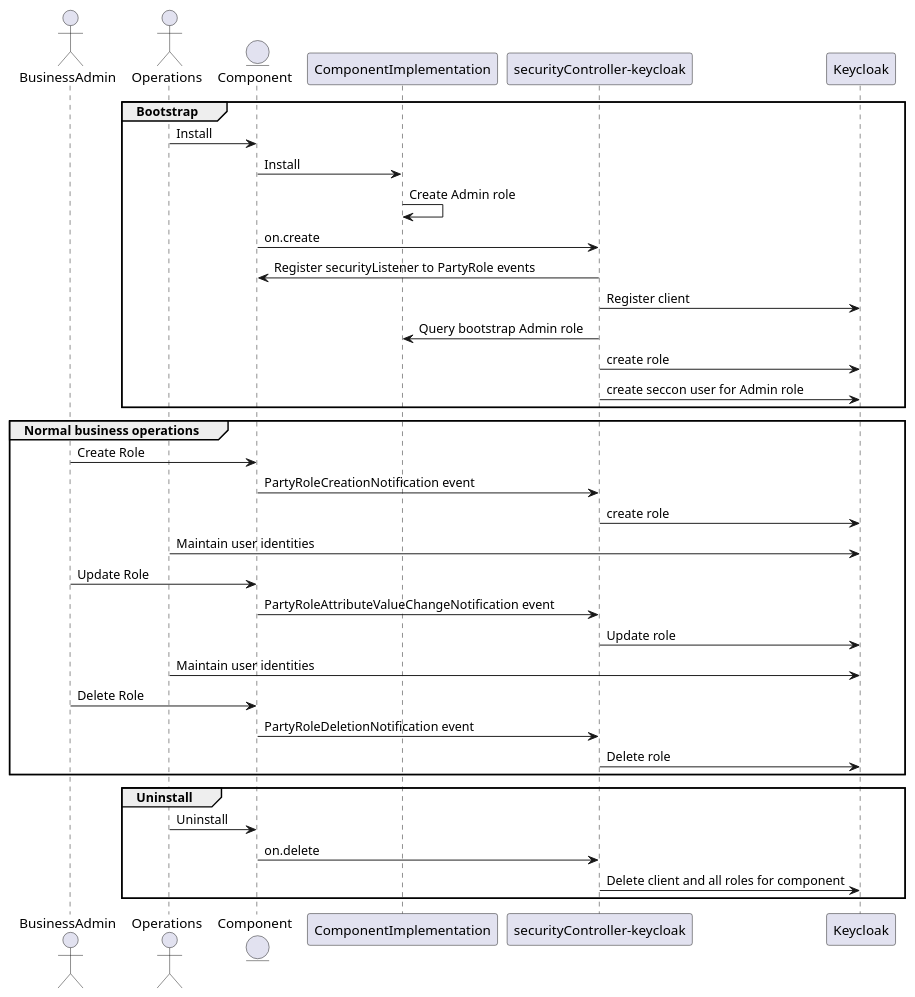
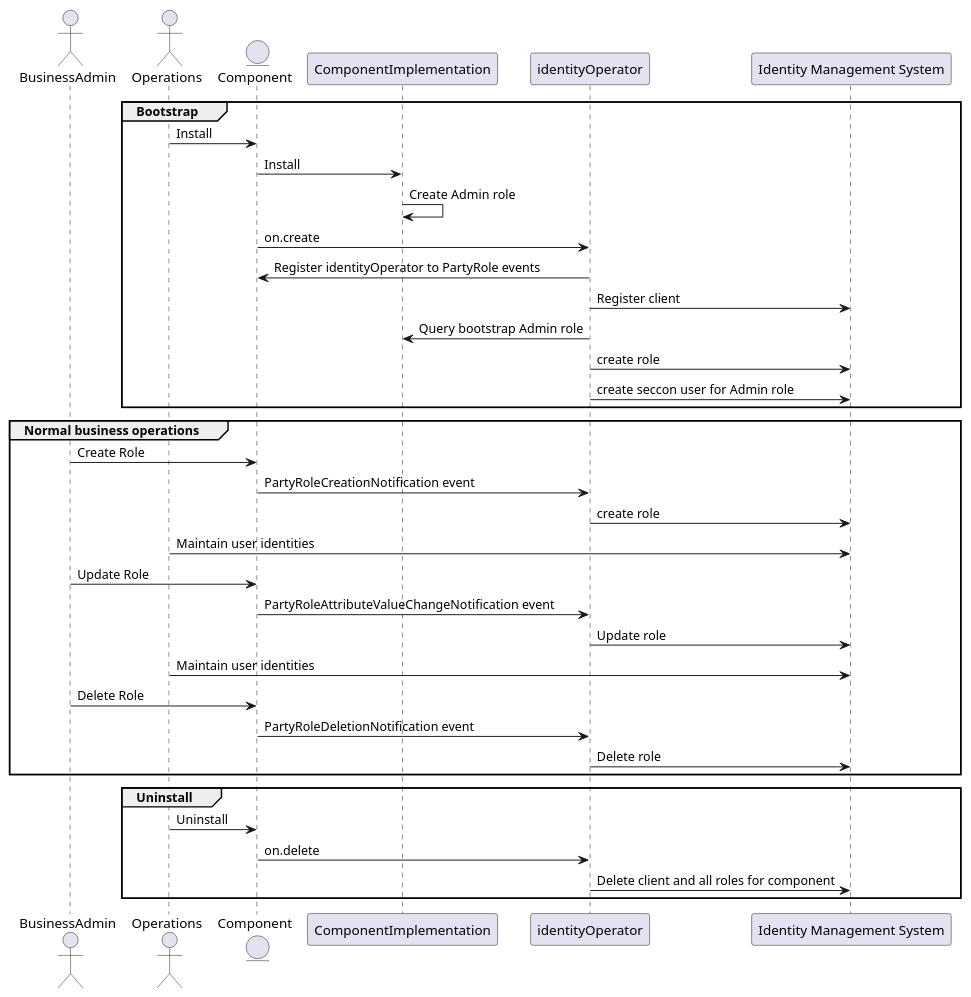
The diagram in oda-canvas-ctk/usecase-library/Bootstrap-role-for-component/securitySequenceKeycloak.puml (tmforum-oda/oda-canvas), drawn with PlantUML before and after one commit. The commit also changed 1 other file, not shown here.

Commit message:
Made Identity Operatof not keycloak specific

```diff
--- a/oda-canvas-ctk/usecase-library/Bootstrap-role-for-component/securitySequenceKeycloak.puml
+++ b/oda-canvas-ctk/usecase-library/Bootstrap-role-for-component/securitySequenceKeycloak.puml
@@ -1,43 +1,43 @@
 @startuml
 
 actor BusinessAdmin
 actor Operations
 entity Component
 participant ComponentImplementation
 
 group Bootstrap
 Component <- Operations : Install
 Component -> ComponentImplementation : Install
 ComponentImplementation -> ComponentImplementation: Create Admin role
 
-Component -> "securityController-keycloak": on.create 
-"securityController-keycloak" -> Component: Register securityListener to PartyRole events
-"securityController-keycloak" -> Keycloak: Register client
+Component -> identityOperator: on.create 
+identityOperator -> Component: Register identityOperator to PartyRole events
+identityOperator -> "Identity Management System": Register client
 
-"securityController-keycloak" -> ComponentImplementation : Query bootstrap Admin role
-"securityController-keycloak" -> Keycloak: create role
-"securityController-keycloak" -> Keycloak: create seccon user for Admin role
+identityOperator -> ComponentImplementation : Query bootstrap Admin role
+identityOperator -> "Identity Management System": create role
+identityOperator -> "Identity Management System": create seccon user for Admin role
 
 end 
 group Normal business operations
 
 BusinessAdmin -> Component: Create Role
-Component-> "securityController-keycloak": PartyRoleCreationNotification event
-"securityController-keycloak" -> Keycloak: create role
-Operations->Keycloak  : Maintain user identities
+Component-> identityOperator: PartyRoleCreationNotification event
+identityOperator -> "Identity Management System": create role
+Operations->"Identity Management System"  : Maintain user identities
 BusinessAdmin -> Component: Update Role
-Component-> "securityController-keycloak": PartyRoleAttributeValueChangeNotification event
-"securityController-keycloak" -> Keycloak: Update role
-Operations->Keycloak  : Maintain user identities
+Component-> identityOperator: PartyRoleAttributeValueChangeNotification event
+identityOperator -> "Identity Management System": Update role
+Operations->"Identity Management System"  : Maintain user identities
 BusinessAdmin -> Component: Delete Role
-Component-> "securityController-keycloak": PartyRoleDeletionNotification event
-"securityController-keycloak" -> Keycloak: Delete role
+Component-> identityOperator: PartyRoleDeletionNotification event
+identityOperator -> "Identity Management System": Delete role
 
 end
 group Uninstall
 Operations -> Component  : Uninstall
-Component -> "securityController-keycloak": on.delete 
-"securityController-keycloak" -> Keycloak: Delete client and all roles for component
+Component -> identityOperator: on.delete 
+identityOperator -> "Identity Management System": Delete client and all roles for component
 end
 
 @enduml
```
